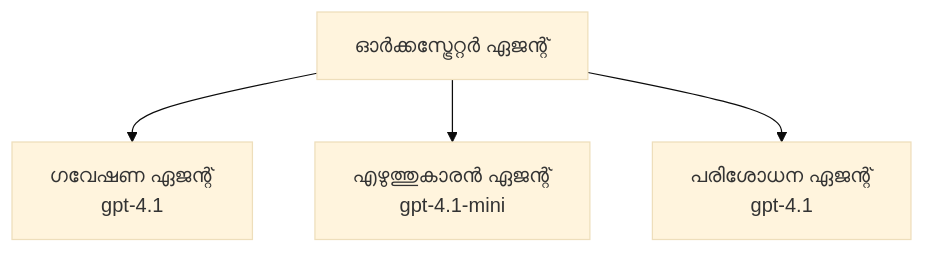
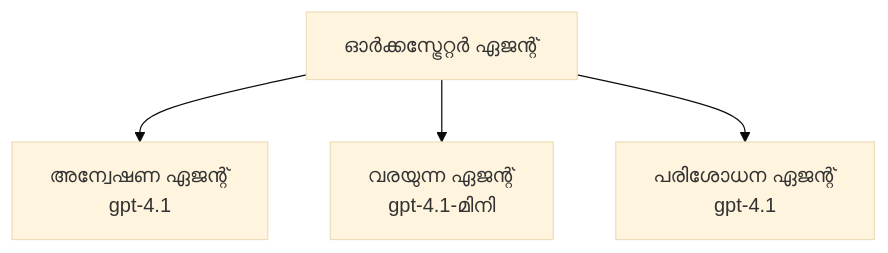
Before and after one commit to microsoft/AZD-for-beginners: the third of 3 diagrams in translations/ml/docs/chapter-02-ai-development/agents.md, drawn with Mermaid (base theme). The commit also changed other lines of this file and 104 other files, not shown here.

````diff
--- a/translations/ml/docs/chapter-02-ai-development/agents.md
+++ b/translations/ml/docs/chapter-02-ai-development/agents.md
@@ -194,6 +201,6 @@
 ```mermaid
 graph TD
-    Orchestrator[ഓർക്കസ്ട്രേറ്റർ ഏജന്റ്] --> Research[ഗവേഷണ ഏജന്റ്<br/>gpt-4.1]
-    Orchestrator --> Writer[എഴുത്തുകാരൻ ഏജന്റ്<br/>gpt-4.1-mini]
+    Orchestrator[ഓർക്കസ്ട്രേറ്റർ ഏജന്റ്] --> Research[അന്വേഷണ ഏജന്റ്<br/>gpt-4.1]
+    Orchestrator --> Writer[വരയുന്ന ഏജന്റ്<br/>gpt-4.1-മിനി]
     Orchestrator --> Reviewer[പരിശോധന ഏജന്റ്<br/>gpt-4.1]
 ```
````
